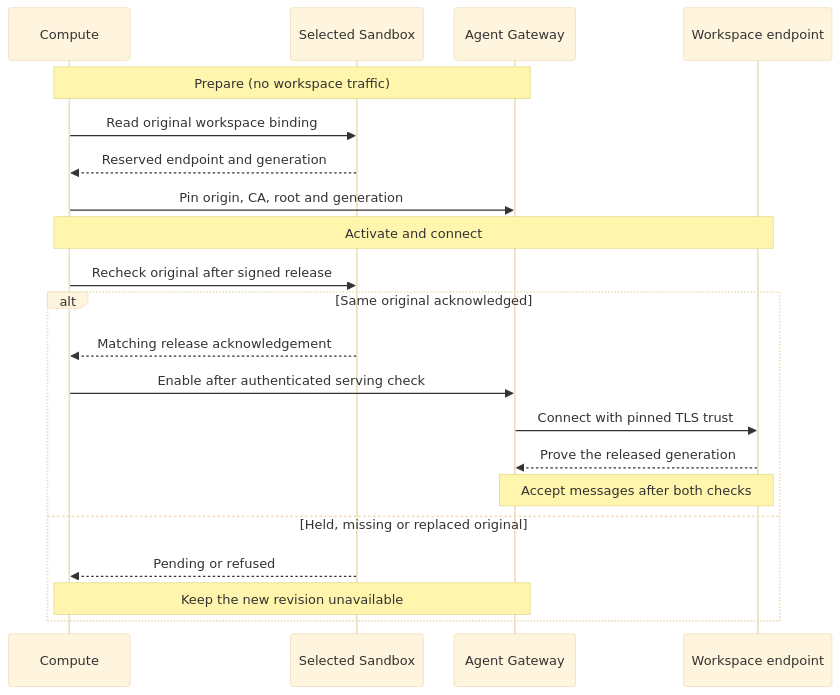
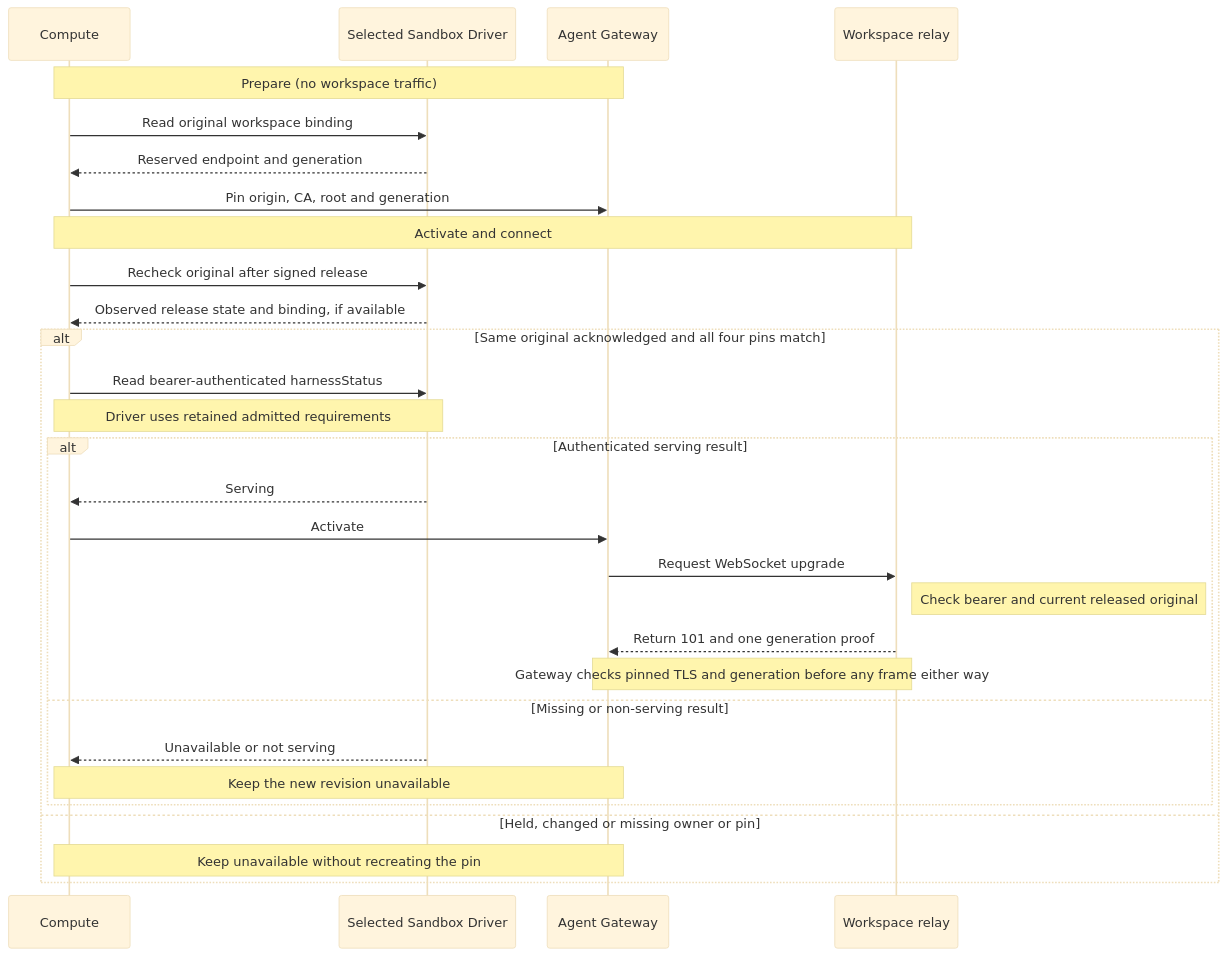
The diagram in specs/rfcs/0031-protected-codex-workspace-endpoint/request-lifecycle.mmd (openclaw/openclaw-enterprise), drawn with Mermaid before and after one commit. The commit also changed 2 other files, not shown here.

Commit message:
docs(rfc): clarify protected workspace activation

```diff
--- a/specs/rfcs/0031-protected-codex-workspace-endpoint/request-lifecycle.mmd
+++ b/specs/rfcs/0031-protected-codex-workspace-endpoint/request-lifecycle.mmd
@@ -1,35 +1,43 @@
 ---
 config:
   theme: base
   sequence:
     useMaxWidth: false
     diagramMarginX: 18
     diagramMarginY: 12
     actorMargin: 38
     boxMargin: 8
     messageMargin: 28
     mirrorActors: true
 ---
 sequenceDiagram
   accTitle: Proposed protected workspace lifecycle
-  accDescr: Compute pins a reservation from the selected Sandbox. It waits for the same original to acknowledge signed release, then the Gateway verifies serving before accepting workspace messages.
+  accDescr: Compute pins a reservation from the selected Sandbox Driver. After the same original acknowledges signed release, Compute compares all four pins and asks the Driver for bearer-authenticated serving status using the retained admitted requirements. Only serving permits activation. The relay checks the bearer and current released original before upgrade. The Gateway checks TLS against the pinned provider CA and exactly one matching generation proof before sending or accepting native frames.
   participant C as Compute
-  participant S as Selected Sandbox
+  participant S as Selected Sandbox Driver
   participant G as Agent Gateway
-  participant W as Workspace endpoint
+  participant W as Workspace relay
   Note over C,G: Prepare (no workspace traffic)
   C->>S: Read original workspace binding
   S-->>C: Reserved endpoint and generation
   C->>G: Pin origin, CA, root and generation
   Note over C,W: Activate and connect
   C->>S: Recheck original after signed release
-  alt Same original acknowledged
-    S-->>C: Matching release acknowledgement
-    C->>G: Enable after authenticated serving check
-    G->>W: Connect with pinned TLS trust
-    W-->>G: Prove the released generation
-    Note over G,W: Accept messages after both checks
-  else Held, missing or replaced original
-    S-->>C: Pending or refused
-    Note over C,G: Keep the new revision unavailable
+  S-->>C: Observed release state and binding, if available
+  alt Same original acknowledged and all four pins match
+    C->>S: Read bearer-authenticated harnessStatus
+    Note over C,S: Driver uses retained admitted requirements
+    alt Authenticated serving result
+      S-->>C: Serving
+      C->>G: Activate
+      G->>W: Request WebSocket upgrade
+      Note right of W: Check bearer and current released original
+      W-->>G: Return 101 and one generation proof
+      Note over G,W: Gateway checks pinned TLS and generation before any frame either way
+    else Missing or non-serving result
+      S-->>C: Unavailable or not serving
+      Note over C,G: Keep the new revision unavailable
+    end
+  else Held, changed or missing owner or pin
+    Note over C,G: Keep unavailable without recreating the pin
   end
```
